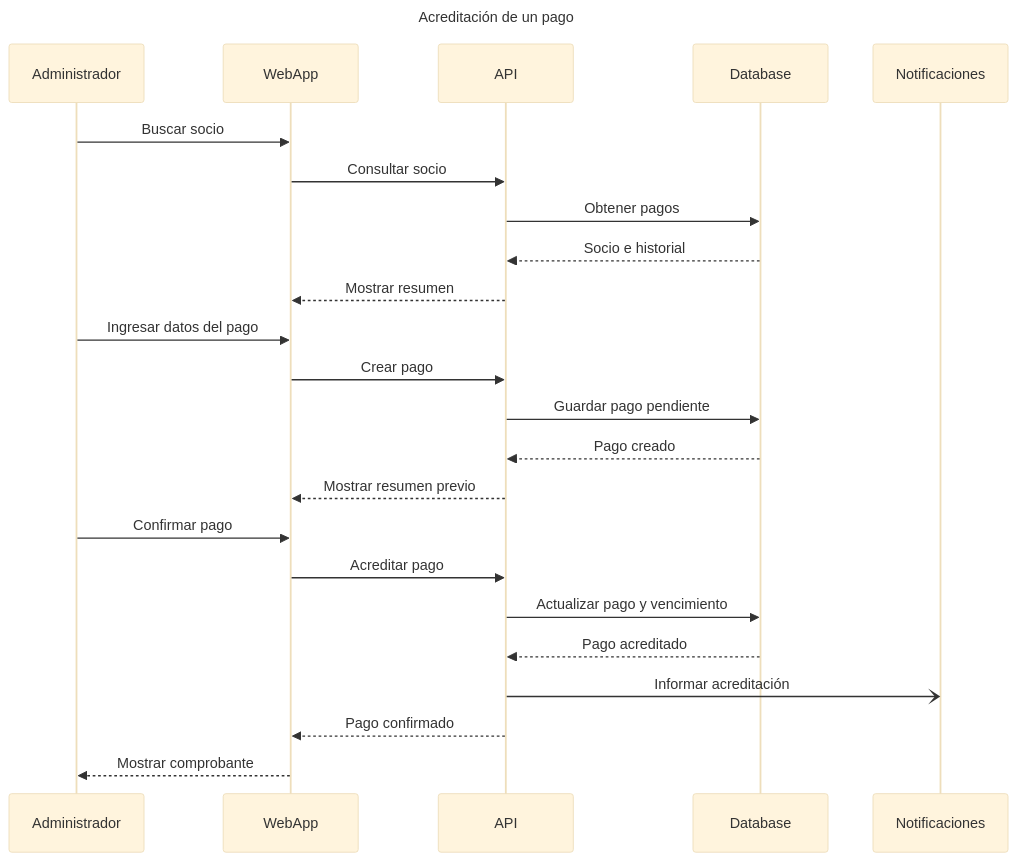
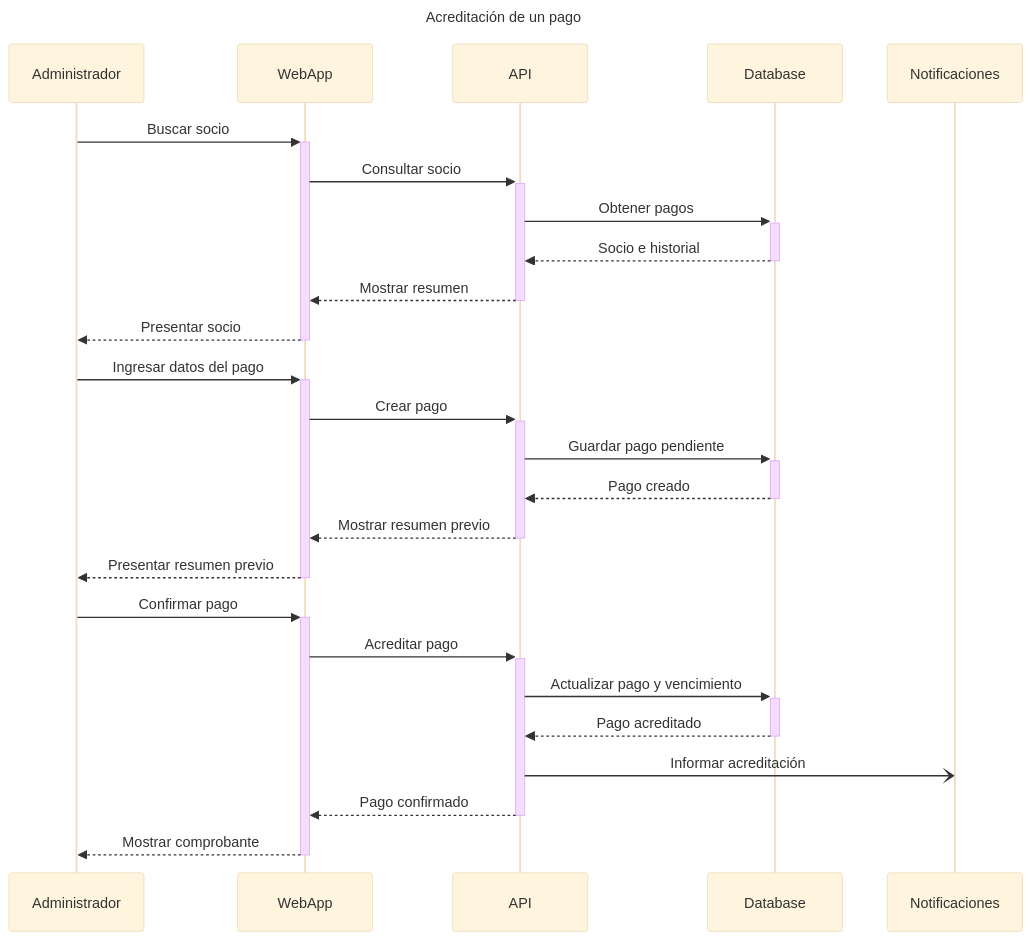
The second of 6 diagrams in docs/diagramas-de-secuencia.md (MTeamOrg/M-Team), drawn with Mermaid (base theme) before and after one commit. The commit also changed other lines of this file, not shown here.

Commit message:
docs: add activation bars to sequence diagrams

````diff
--- a/docs/diagramas-de-secuencia.md
+++ b/docs/diagramas-de-secuencia.md
@@ -37,27 +37,29 @@
 ```mermaid
 sequenceDiagram
     title Acreditación de un pago
     participant Administrador
     participant WebApp
     participant API
     participant Database
     participant Notificaciones
 
-    Administrador->>WebApp: Buscar socio
-    WebApp->>API: Consultar socio
-    API->>Database: Obtener pagos
-    Database-->>API: Socio e historial
-    API-->>WebApp: Mostrar resumen
-    Administrador->>WebApp: Ingresar datos del pago
-    WebApp->>API: Crear pago
-    API->>Database: Guardar pago pendiente
-    Database-->>API: Pago creado
-    API-->>WebApp: Mostrar resumen previo
-    Administrador->>WebApp: Confirmar pago
-    WebApp->>API: Acreditar pago
-    API->>Database: Actualizar pago y vencimiento
-    Database-->>API: Pago acreditado
+    Administrador->>+WebApp: Buscar socio
+    WebApp->>+API: Consultar socio
+    API->>+Database: Obtener pagos
+    Database-->>-API: Socio e historial
+    API-->>-WebApp: Mostrar resumen
+    WebApp-->>-Administrador: Presentar socio
+    Administrador->>+WebApp: Ingresar datos del pago
+    WebApp->>+API: Crear pago
+    API->>+Database: Guardar pago pendiente
+    Database-->>-API: Pago creado
+    API-->>-WebApp: Mostrar resumen previo
+    WebApp-->>-Administrador: Presentar resumen previo
+    Administrador->>+WebApp: Confirmar pago
+    WebApp->>+API: Acreditar pago
+    API->>+Database: Actualizar pago y vencimiento
+    Database-->>-API: Pago acreditado
     API-)Notificaciones: Informar acreditación
-    API-->>WebApp: Pago confirmado
-    WebApp-->>Administrador: Mostrar comprobante
+    API-->>-WebApp: Pago confirmado
+    WebApp-->>-Administrador: Mostrar comprobante
 ```
````
